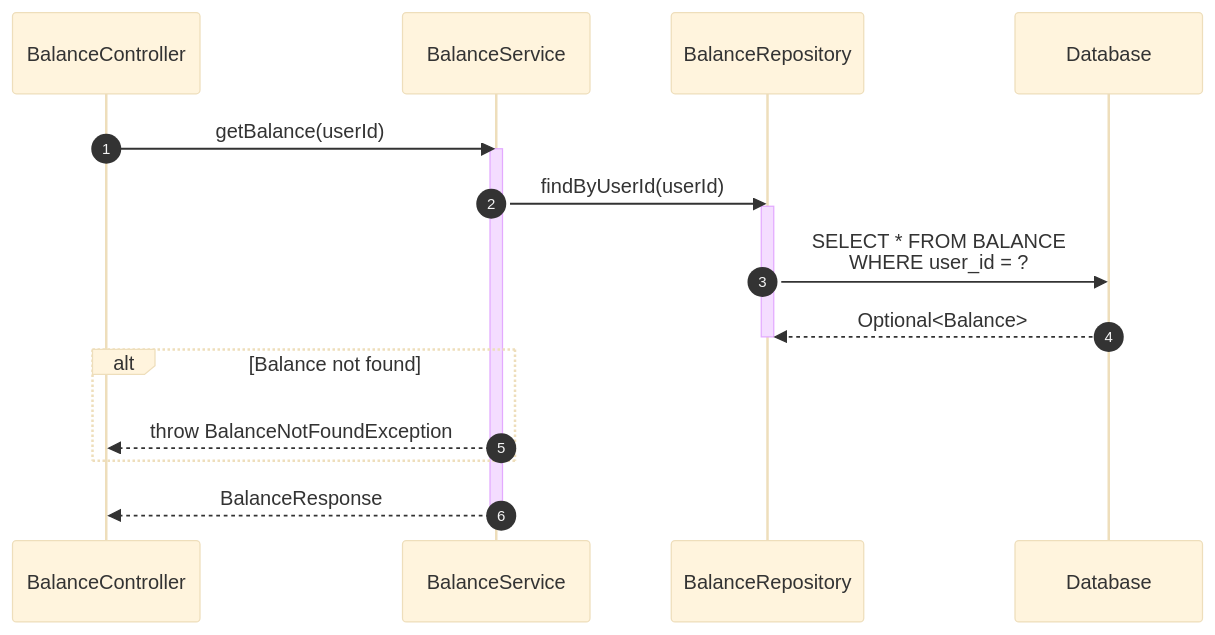
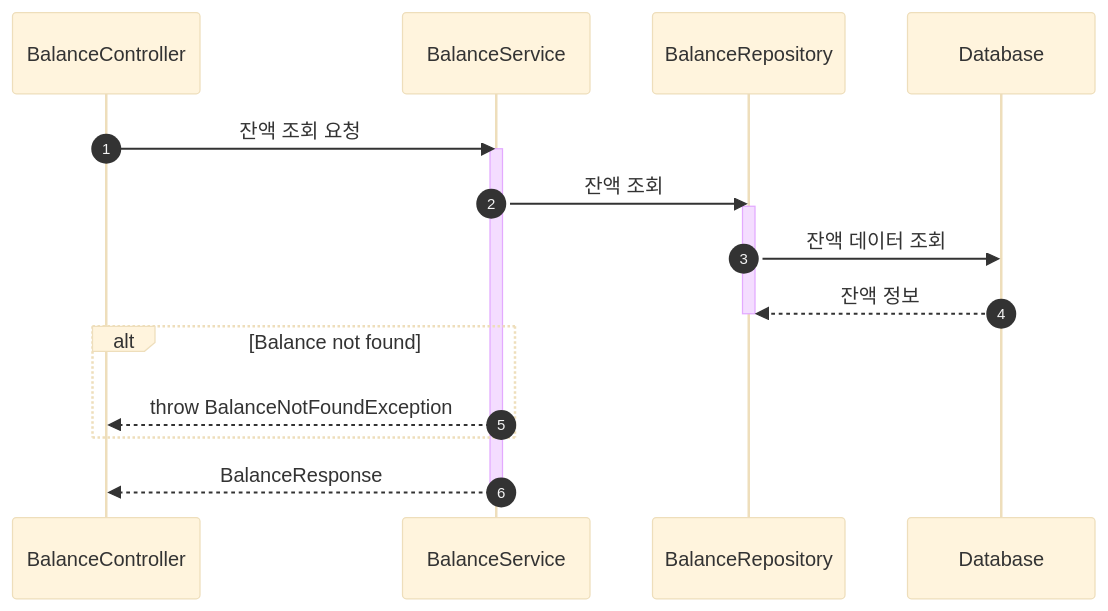
One commit to hye-ung97/hh-e-commerce changed diagram 15 of 16 in docs/api/api-specification.md. Above: the diagram before and after it, drawn with Mermaid (base theme). The commit also changed other lines of this file, not shown here.

Commit message:
fix: 시퀀스 다이어그램에서 함수 이름 -> 설명으로 변경

````diff
--- a/docs/api/api-specification.md
+++ b/docs/api/api-specification.md
@@ -803,24 +803,24 @@
 ```mermaid
 sequenceDiagram
     autonumber
     participant C as BalanceController
     participant S as BalanceService
     participant BR as BalanceRepository
     participant DB as Database
 
-    C->>S: getBalance(userId)
+    C->>S: 잔액 조회 요청
     activate S
 
-    S->>BR: findByUserId(userId)
+    S->>BR: 잔액 조회
     activate BR
-    BR->>DB: SELECT * FROM BALANCE<br/>WHERE user_id = ?
-    DB-->>BR: Optional<Balance>
+    BR->>DB: 잔액 데이터 조회
+    DB-->>BR: 잔액 정보
     deactivate BR
 
     alt Balance not found
         S-->>C: throw BalanceNotFoundException
     end
 
     S-->>C: BalanceResponse
     deactivate S
 ```
````
